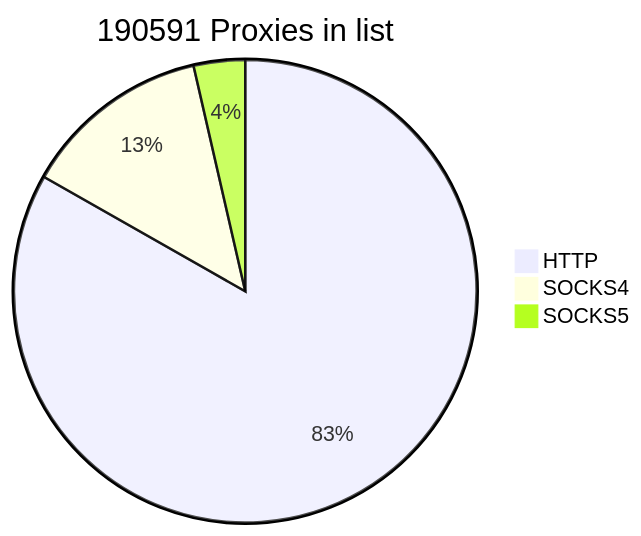
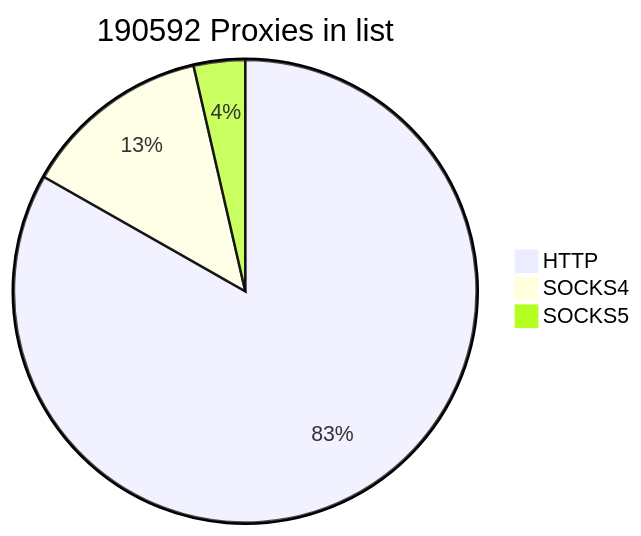
One commit to cutipu/proxylist changed the first of 2 diagrams in README.md. Above: the diagram before and after it, drawn with Mermaid. The commit also changed other lines of this file, not shown here.

````diff
--- a/README.md
+++ b/README.md
@@ -2,7 +2,7 @@
 ```mermaid
-pie title 190591 Proxies in list
+pie title 190592 Proxies in list
     "HTTP" : 158616
     "SOCKS4" : 25135
-    "SOCKS5" : 6840
+    "SOCKS5" : 6841
             
 ```
````
